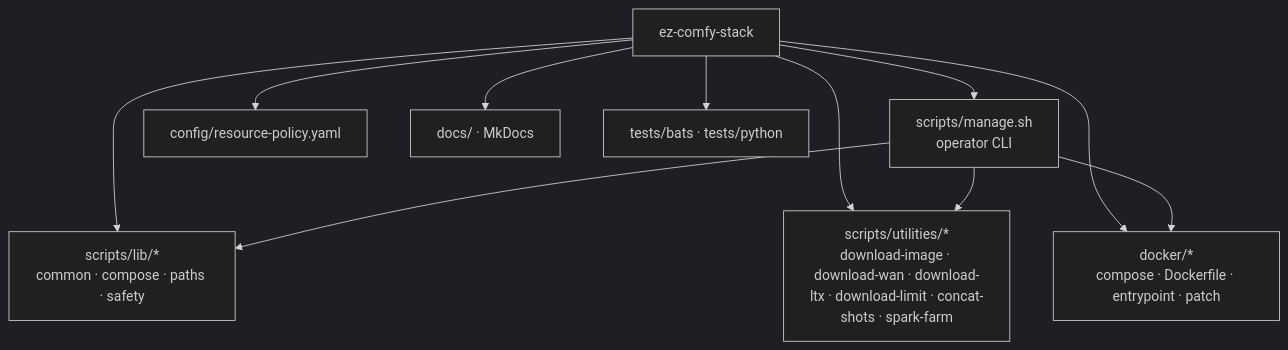
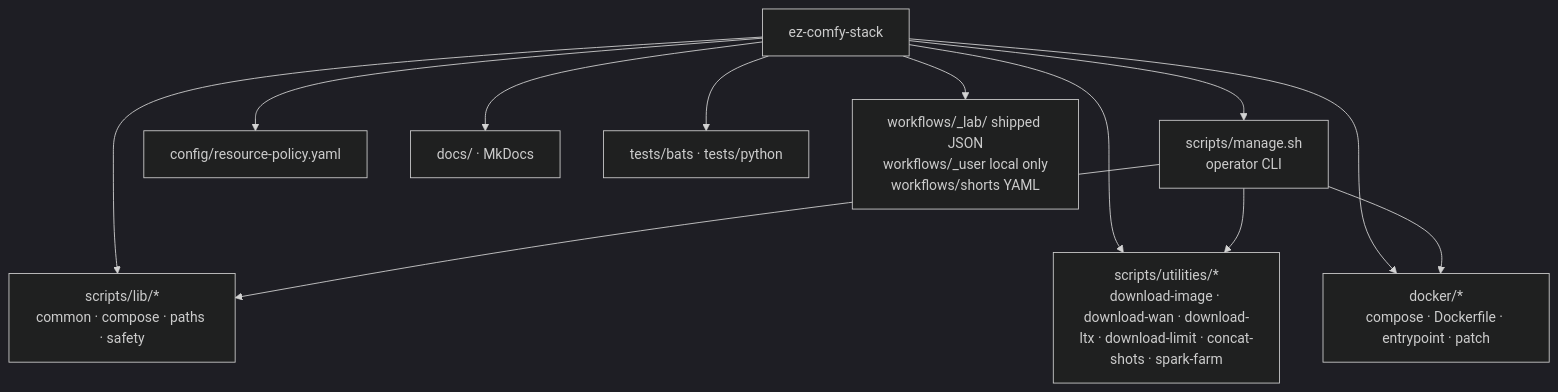
Before and after one commit to toxicoder/ez-comfy-stack: the first of 6 diagrams in docs/project-conventions.md, drawn with Mermaid (dark theme). The commit also changed other lines of this file and 93 other files, not shown here.

First line of the commit message:
feat: move shipped lab JSON into workflows/_lab/<lane>/

````diff
--- a/docs/project-conventions.md
+++ b/docs/project-conventions.md
@@ -37,14 +37,15 @@
 ```mermaid
 flowchart TB
   Root["ez-comfy-stack"]
   Root --> Manage["scripts/manage.sh<br/>operator CLI"]
   Root --> Lib["scripts/lib/*<br/>common · compose · paths · safety"]
   Root --> Util["scripts/utilities/*<br/>download-image · download-wan · download-ltx · download-limit · concat-shots · spark-farm"]
   Root --> Docker["docker/*<br/>compose · Dockerfile · entrypoint · patch"]
   Root --> Cfg["config/resource-policy.yaml"]
   Root --> Docs["docs/ · MkDocs"]
   Root --> Tests["tests/bats · tests/python"]
+  Root --> Wf["workflows/_lab/<lane> shipped JSON<br/>workflows/_user local only<br/>workflows/shorts YAML"]
   Manage --> Lib
   Manage --> Util
   Manage --> Docker
 ```
````
